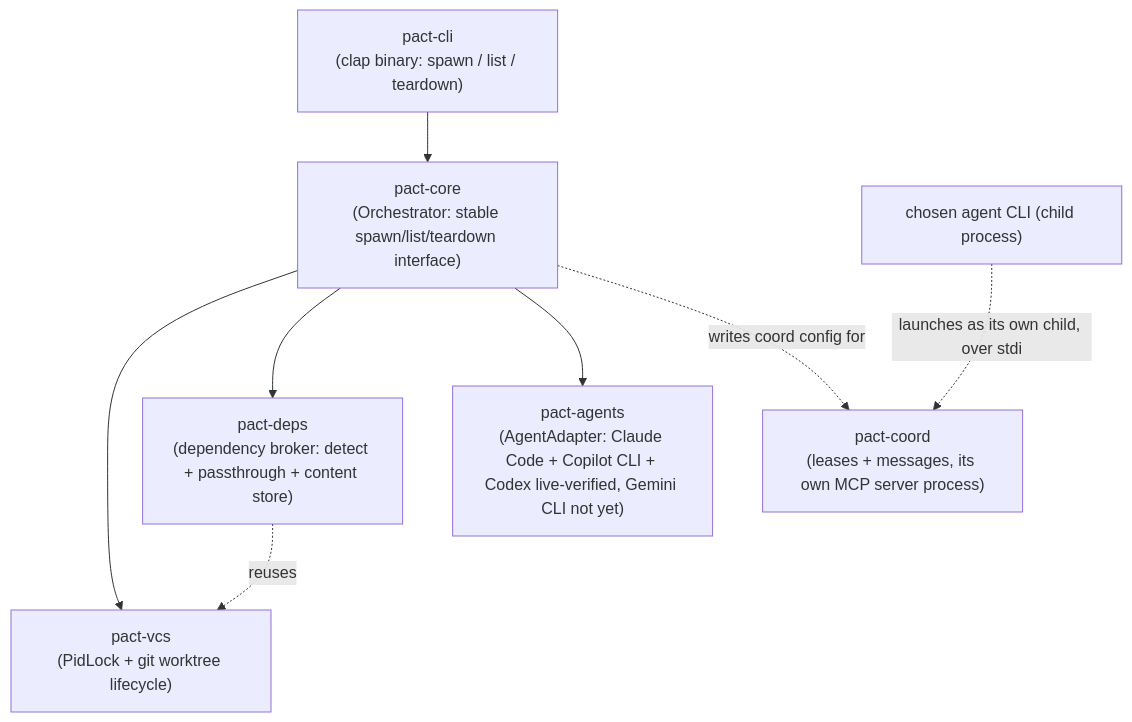
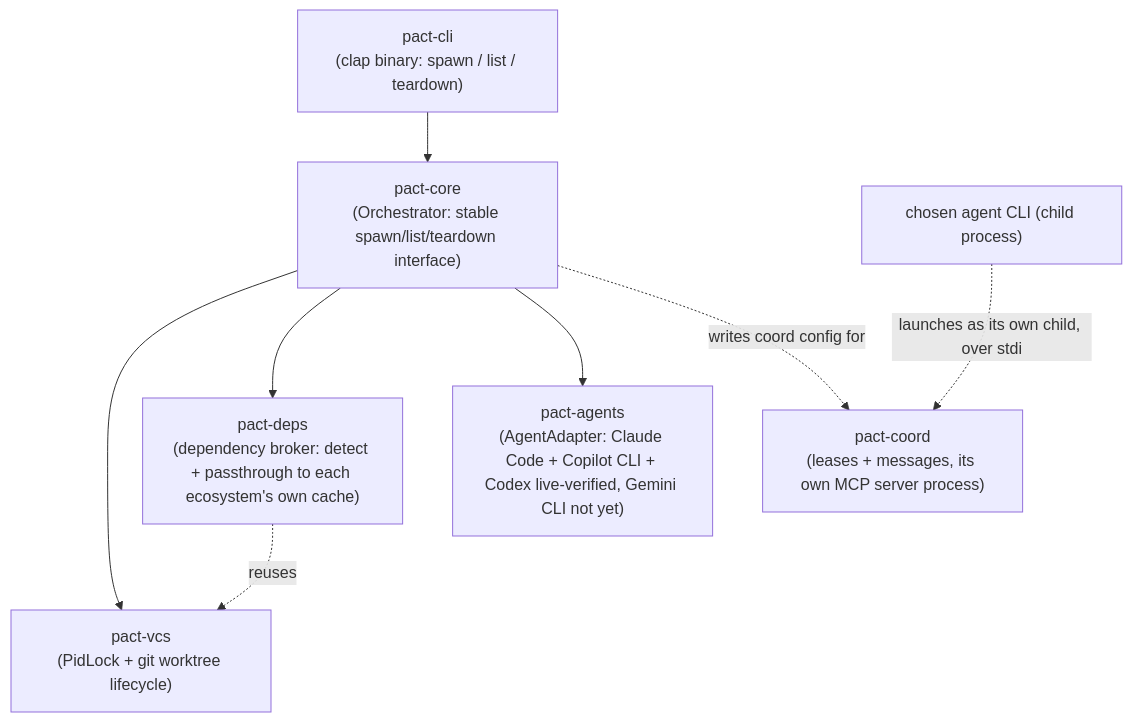
Before and after one commit to zekariasasaminew/pact: the first of 3 diagrams in README.md, drawn with Mermaid. The commit also changed other lines of this file and 11 other files, not shown here.

First line of the commit message:
Delete the custom npm content store in favor of npm's own global cache (#258)

````diff
--- a/README.md
+++ b/README.md
@@ -630,17 +634,17 @@
 ```mermaid
 graph TD
     CLI["pact-cli<br/>(clap binary: spawn / list / teardown)"]
     Core["pact-core<br/>(Orchestrator: stable spawn/list/teardown interface)"]
     VCS["pact-vcs<br/>(PidLock + git worktree lifecycle)"]
-    Deps["pact-deps<br/>(dependency broker: detect + passthrough + content store)"]
+    Deps["pact-deps<br/>(dependency broker: detect + passthrough to each ecosystem's own cache)"]
     Agents["pact-agents<br/>(AgentAdapter: Claude Code + Copilot CLI + Codex live-verified, Gemini CLI not yet)"]
     Coord["pact-coord<br/>(leases + messages, its own MCP server process)"]
 
     CLI --> Core
     Core --> VCS
     Core --> Deps
     Core --> Agents
     Deps -.reuses.-> VCS
     Core -.writes coord config for.-> Coord
     Agent2["chosen agent CLI (child process)"] -.launches as its own child, over stdio.-> Coord
 ```
````
